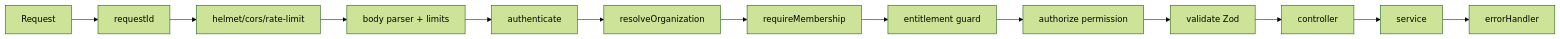
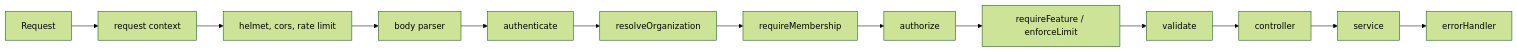
Before and after one commit to alwahab20089-crypto/Estateflow_CRM: the diagram in docs/MULTI_TENANCY.md, drawn with Mermaid (forest theme). The commit also changed other lines of this file and 11 other files, not shown here.

````diff
--- a/docs/MULTI_TENANCY.md
+++ b/docs/MULTI_TENANCY.md
@@ -17,7 +18,7 @@
 ```mermaid
 flowchart LR
-  R[Request] --> RID[requestId] --> SEC[helmet/cors/rate-limit] --> BP[body parser + limits]
+  R[Request] --> RC[request context] --> SEC[helmet, cors, rate limit] --> BP[body parser]
   BP --> AU[authenticate] --> RO[resolveOrganization] --> MB[requireMembership]
-  MB --> EN[entitlement guard] --> AZ[authorize permission] --> V[validate Zod] --> C[controller] --> S[service]
+  MB --> AZ[authorize] --> EN[requireFeature / enforceLimit] --> V[validate] --> C[controller] --> S[service]
   S --> E[errorHandler]
 ```
````
